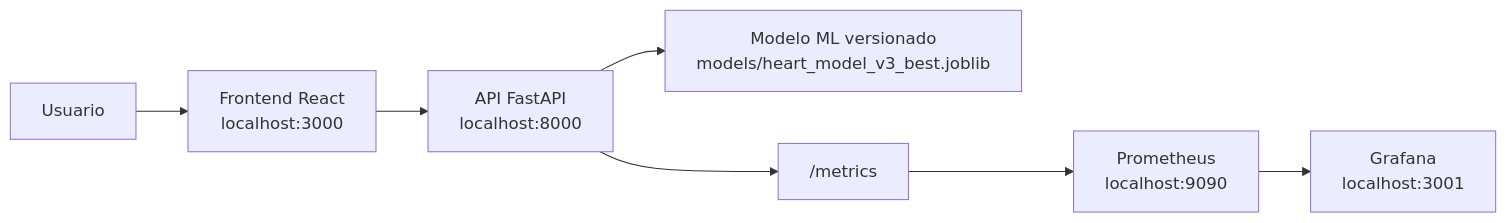
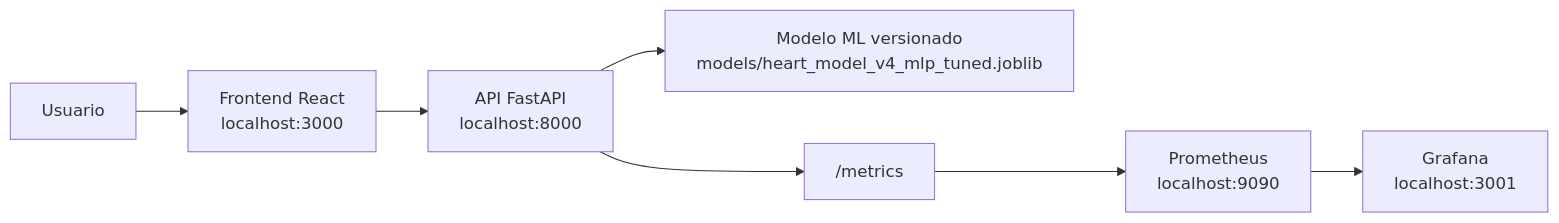
One commit to marichu-kt/heart-disease-mlops changed the first of 3 diagrams in README.md. Above: the diagram before and after it, drawn with Mermaid. The commit also changed other lines of this file and 10 other files, not shown here.

Commit message:
Train tuned neural network model v4

````diff
--- a/README.md
+++ b/README.md
@@ -126,9 +126,9 @@
 ```mermaid
 flowchart LR
     Usuario["Usuario"] --> Frontend["Frontend React<br/>localhost:3000"]
     Frontend --> API["API FastAPI<br/>localhost:8000"]
-    API --> Modelo["Modelo ML versionado<br/>models/heart_model_v3_best.joblib"]
+    API --> Modelo["Modelo ML versionado<br/>models/heart_model_v4_mlp_tuned.joblib"]
     API --> Metrics["/metrics"]
     Metrics --> Prometheus["Prometheus<br/>localhost:9090"]
     Prometheus --> Grafana["Grafana<br/>localhost:3001"]
 ```
````
